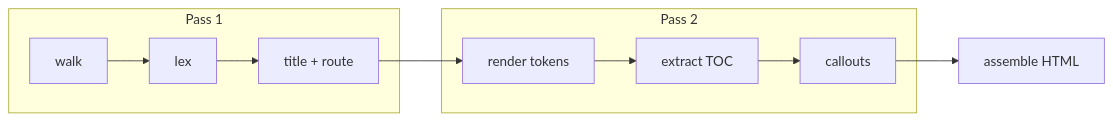
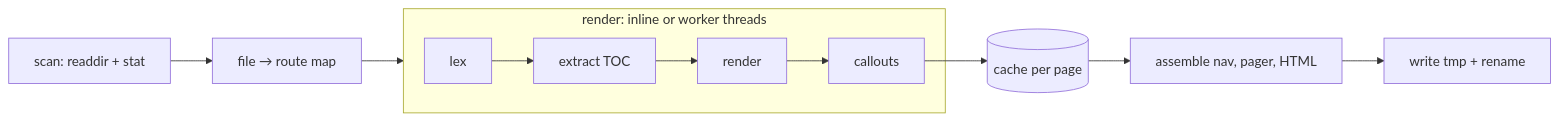
Before and after one commit to tforster/docs0: the diagram in docs/03-reference/02-architecture.md, drawn with Mermaid. The commit also changed other lines of this file and 13 other files, not shown here.

First line of the commit message:
Add --watch with per-page cache and worker-thread rendering; drop git dates

````diff
--- a/docs/03-reference/02-architecture.md
+++ b/docs/03-reference/02-architecture.md
@@ -21,11 +23,11 @@
 ```mermaid
 flowchart LR
-  subgraph Pass 1
-    W[walk] --> L[lex] --> T[title + route]
+  S[scan: readdir + stat] --> M[file → route map]
+  M --> P{{render pool}}
+  subgraph P [render: inline or worker threads]
+    L[lex] --> X[extract TOC] --> R[render] --> C[callouts]
   end
-  subgraph Pass 2
-    R[render tokens] --> X[extract TOC] --> C[callouts]
-  end
-  T --> R
-  C --> H[assemble HTML]
+  C --> K[(cache per page)]
+  K --> A[assemble nav, pager, HTML]
+  A --> W[write tmp + rename]
 ```
````
